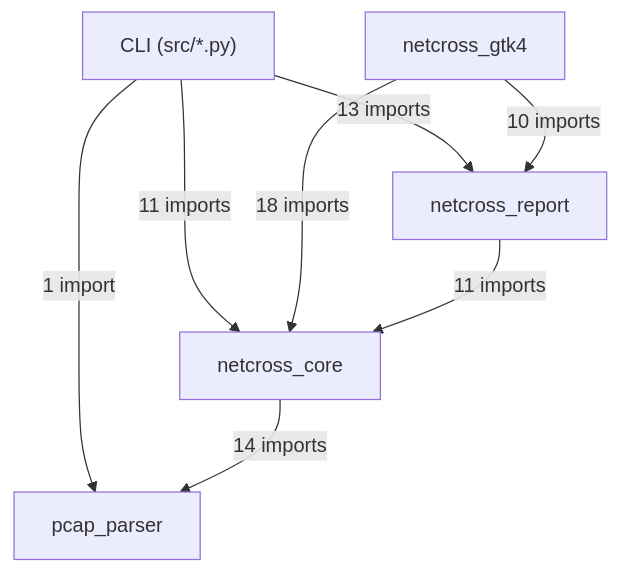
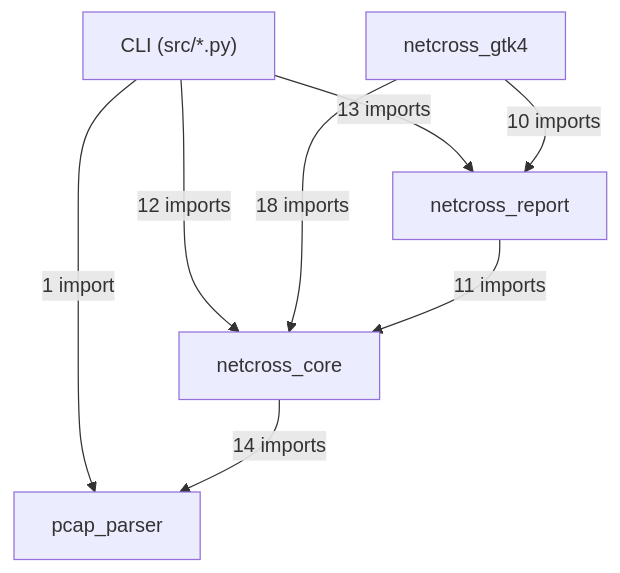
The first of 12 diagrams in docs/class-diagram.md (MathildeDec/Netcross), drawn with Mermaid before and after one commit. The commit also changed other lines of this file, not shown here.

Commit message:
ci: régénération du diagramme après merge dev (loguru)

````diff
--- a/docs/class-diagram.md
+++ b/docs/class-diagram.md
@@ -26,15 +26,15 @@
 ```mermaid
 flowchart TD
     CLI["CLI (src/*.py)"]
     netcross_gtk4["netcross_gtk4"]
     netcross_report["netcross_report"]
     netcross_core["netcross_core"]
     pcap_parser["pcap_parser"]
     CLI -->|"13 imports"| netcross_report
-    CLI -->|"11 imports"| netcross_core
+    CLI -->|"12 imports"| netcross_core
     CLI -->|"1 import"| pcap_parser
     netcross_gtk4 -->|"10 imports"| netcross_report
     netcross_gtk4 -->|"18 imports"| netcross_core
     netcross_report -->|"11 imports"| netcross_core
     netcross_core -->|"14 imports"| pcap_parser
 ```
````
